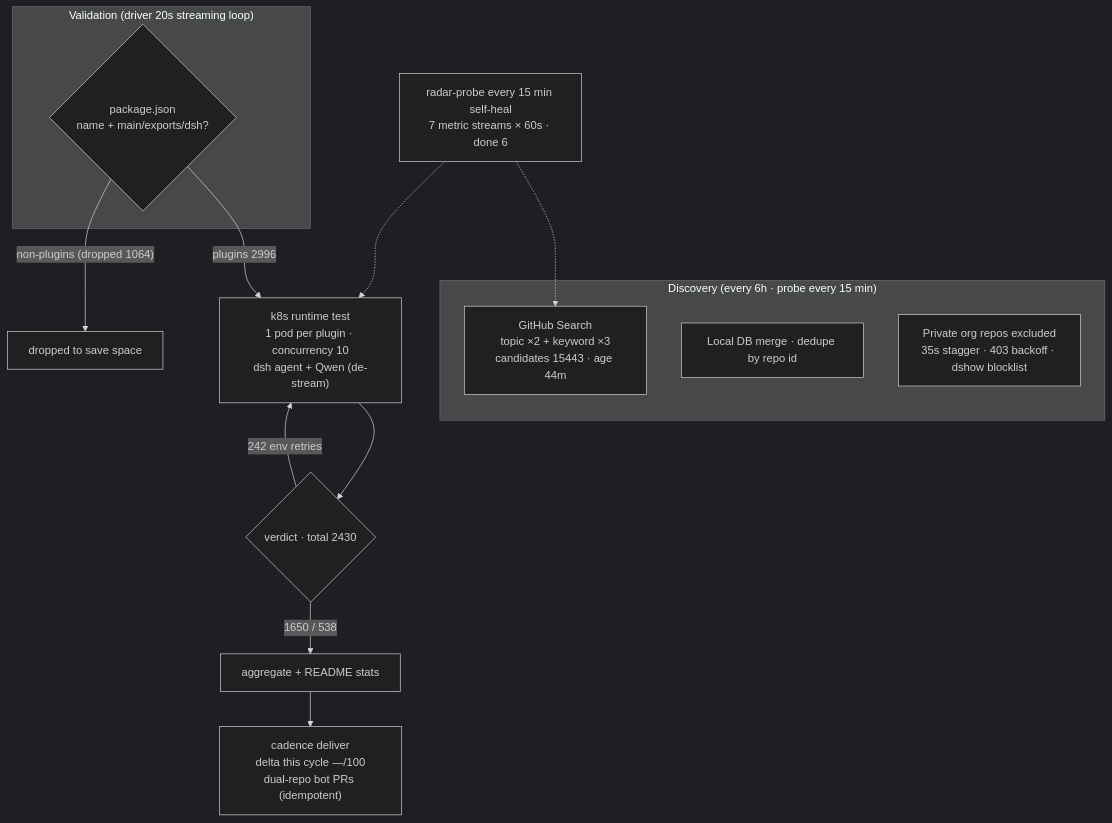
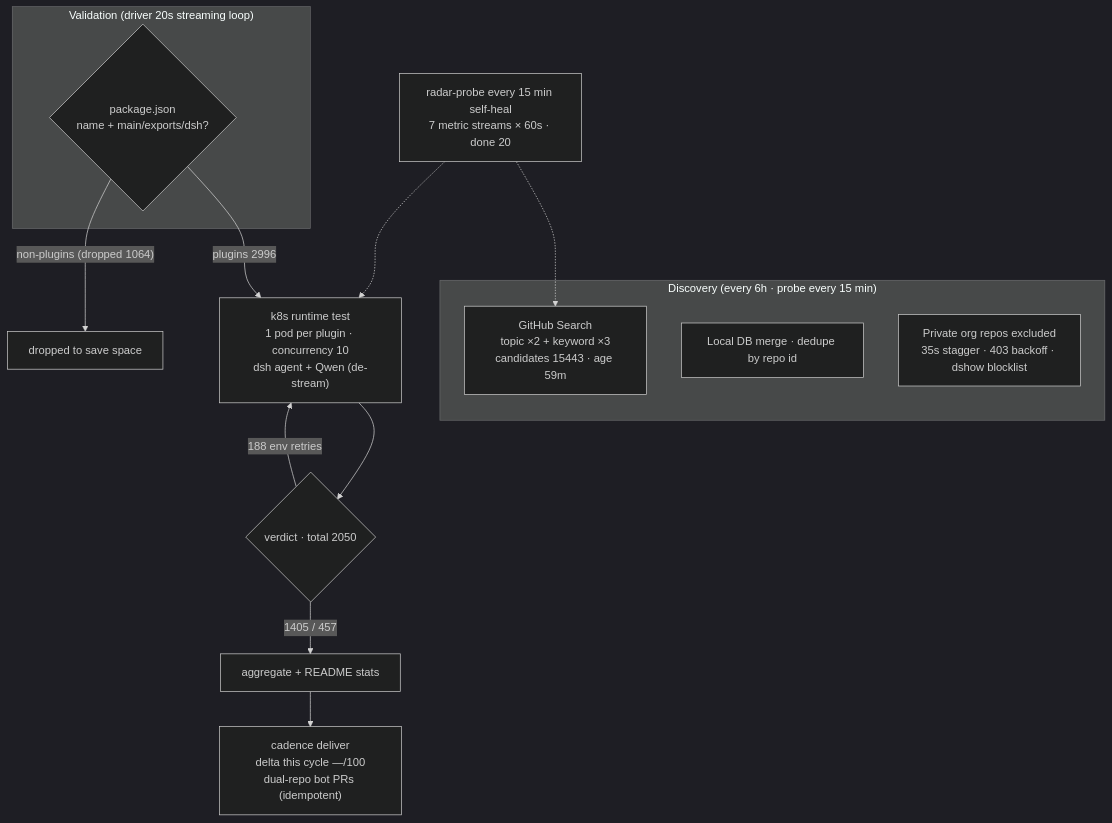
One commit to AdamPlatin123/awesome-dsh-plugins changed the diagram in README.en-US.md. Above: the diagram before and after it, drawn with Mermaid (dark theme). The commit also changed other lines of this file and 5 other files, not shown here.

````diff
--- a/README.en-US.md
+++ b/README.en-US.md
@@ -30,20 +30,20 @@
 ```mermaid
 flowchart TB
     subgraph Discovery["Discovery (every 6h · probe every 15 min)"]
-        A1["GitHub Search<br/>topic ×2 + keyword ×3<br/>candidates 15443 · age 44m"]
+        A1["GitHub Search<br/>topic ×2 + keyword ×3<br/>candidates 15443 · age 59m"]
         A2["Local DB merge · dedupe by repo id"]
         A3["Private org repos excluded<br/>35s stagger · 403 backoff · dshow blocklist"]
     end
     subgraph Validation["Validation (driver 20s streaming loop)"]
         B1{"package.json<br/>name + main/exports/dsh?"}
     end
     B1 -->|"plugins 2996"| C1["k8s runtime test<br/>1 pod per plugin · concurrency 10<br/>dsh agent + Qwen (de-stream)"]
     B1 -->|"non-plugins (dropped 1064)"| B3["dropped to save space"]
-    C1 --> D1{"verdict · total 2430"}
-    D1 -->|"1650 / 538"| E1["aggregate + README stats"]
-    D1 -->|"242 env retries"| C1
+    C1 --> D1{"verdict · total 2050"}
+    D1 -->|"1405 / 457"| E1["aggregate + README stats"]
+    D1 -->|"188 env retries"| C1
     E1 --> E2["cadence deliver<br/>delta this cycle —/100<br/>dual-repo bot PRs (idempotent)"]
-    M["radar-probe every 15 min self-heal<br/>7 metric streams × 60s · done 6"]
+    M["radar-probe every 15 min self-heal<br/>7 metric streams × 60s · done 20"]
     M -.-> A1
     M -.-> C1
 ```
````
